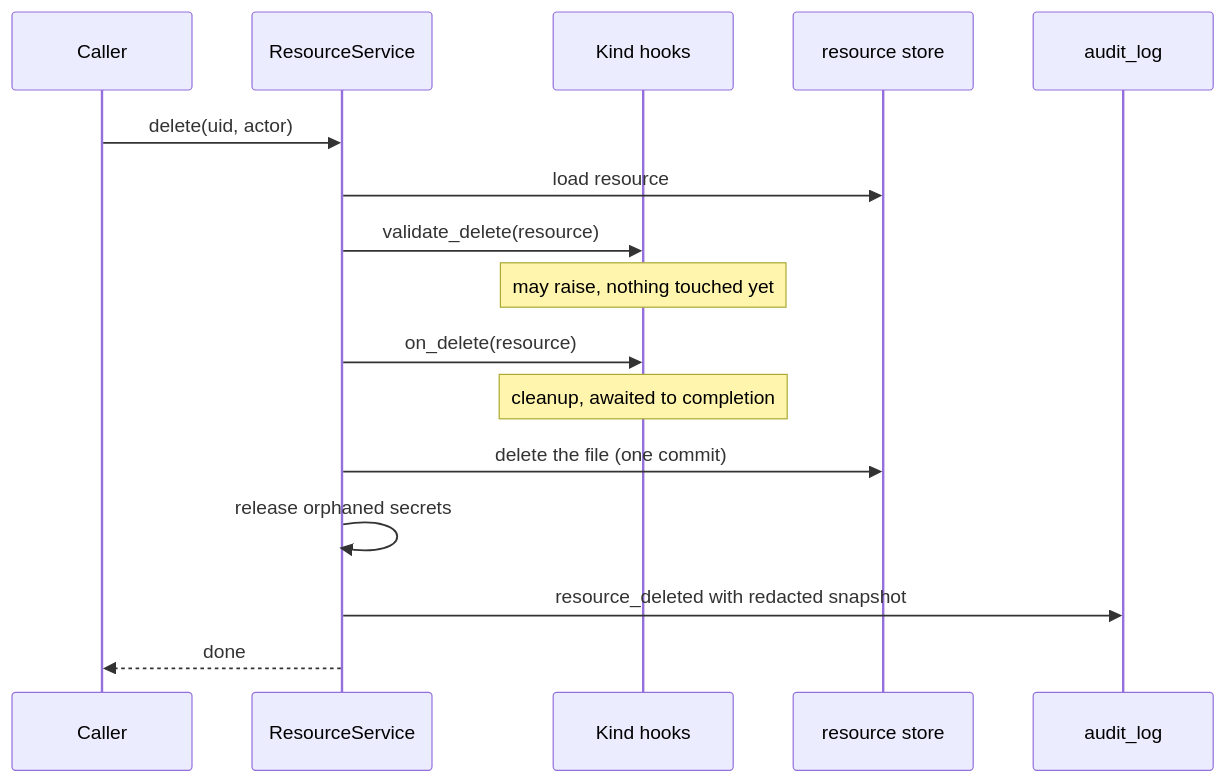
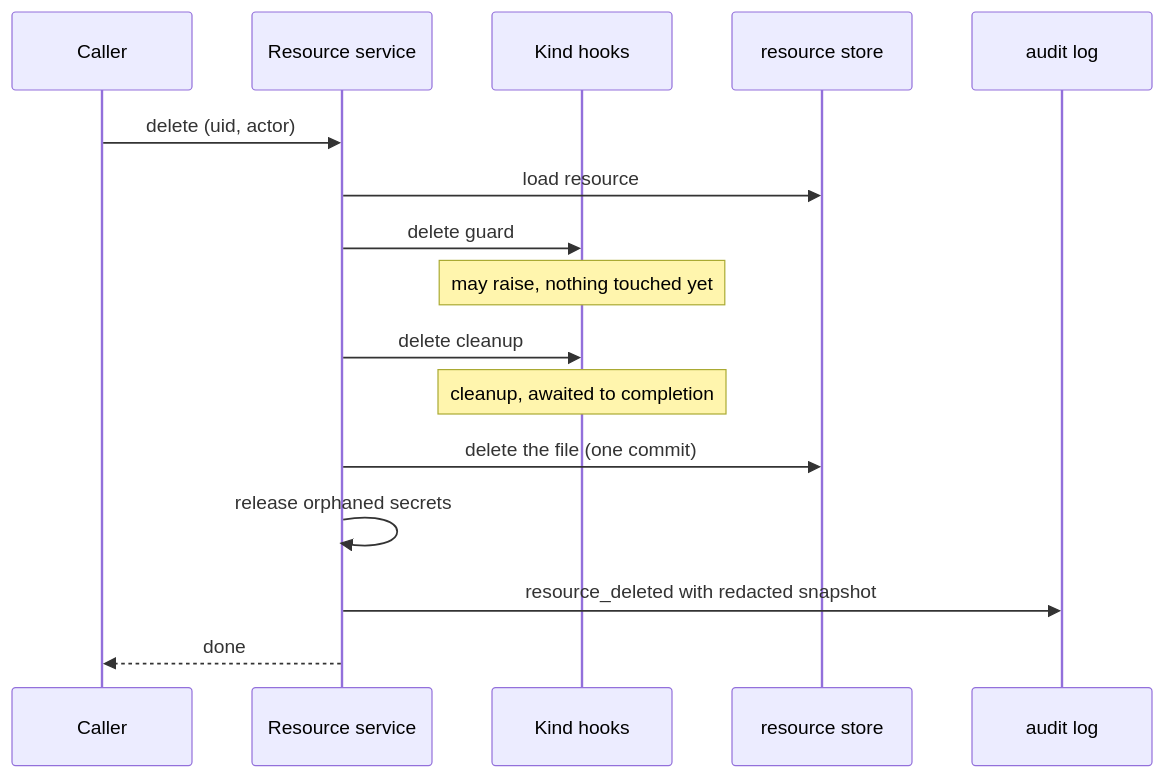
One commit to wyx-sg/Coffer changed the diagram in docs-site/architecture/resource-framework.md. Above: the diagram before and after it, drawn with Mermaid. The commit also changed other lines of this file and 29 other files, not shown here.

First line of the commit message:
docs(site): explain the architecture in plain terms, without source detail

````diff
--- a/docs-site/architecture/resource-framework.md
+++ b/docs-site/architecture/resource-framework.md
@@ -130,18 +130,18 @@
 ```mermaid
 sequenceDiagram
   participant C as Caller
-  participant S as ResourceService
+  participant S as Resource service
   participant K as Kind hooks
   participant R as resource store
-  participant A as audit_log
-  C->>S: delete(uid, actor)
+  participant A as audit log
+  C->>S: delete (uid, actor)
   S->>R: load resource
-  S->>K: validate_delete(resource)
+  S->>K: delete guard
   Note over K: may raise, nothing touched yet
-  S->>K: on_delete(resource)
+  S->>K: delete cleanup
   Note over K: cleanup, awaited to completion
   S->>R: delete the file (one commit)
   S->>S: release orphaned secrets
   S->>A: resource_deleted with redacted snapshot
   S-->>C: done
 ```
````
